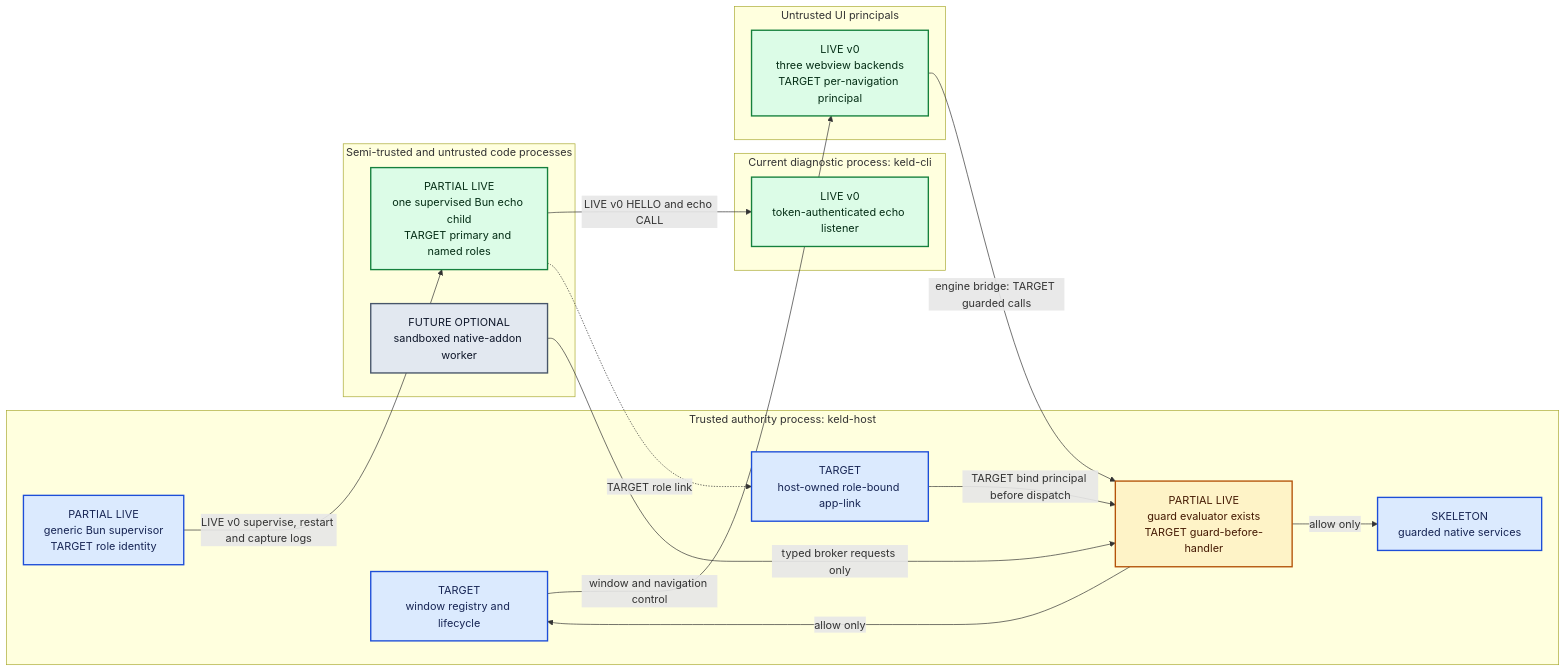
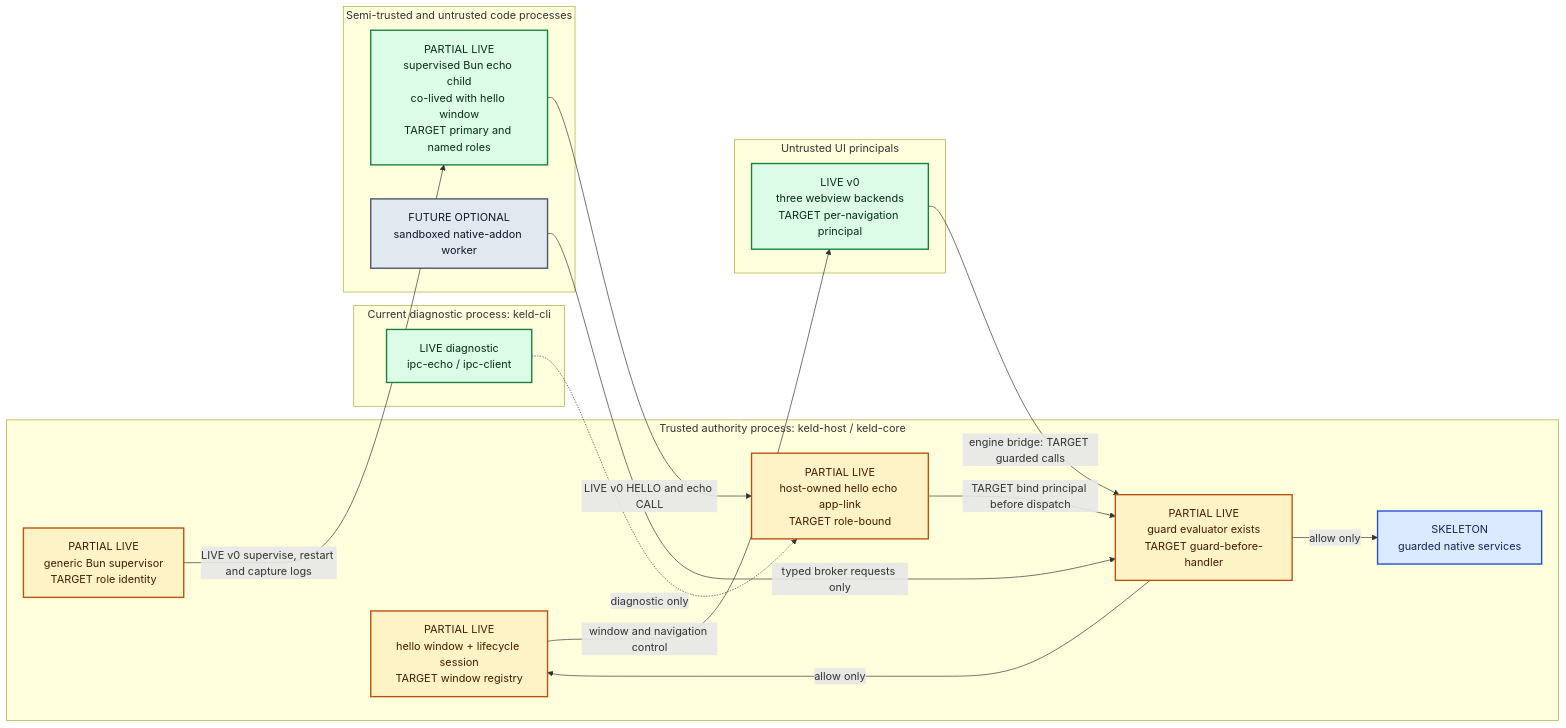
The diagram in docs/architecture/01-overview.md (gyldlab/keld), drawn with Mermaid before and after one commit. The commit also changed other lines of this file and 22 other files, not shown here.

First line of the commit message:
feat(core): host-owned concurrent hello app-link (KEL-30)

````diff
--- a/docs/architecture/01-overview.md
+++ b/docs/architecture/01-overview.md
@@ -9,53 +9,53 @@
 ```mermaid
 flowchart LR
     accTitle: Keld process and trust topology
     accDescr {
       The trusted Rust host owns privileged resources and mediates webview and Bun-role
-      requests. The live v0 slice has three webview backends, a guard evaluator, one
-      CLI-owned token-authenticated echo link, and KEL-70's generic supervised Bun child
-      restart loop. Host-bound role identity, guarded role dispatch, native services,
-      role-specific lifecycle and an optional sandboxed native-addon worker remain
-      destination behavior.
+      requests. The live v0 slice has three webview backends, a guard evaluator, a
+      host-owned token-authenticated echo link co-lived with the hello window (KEL-30),
+      and KEL-70's generic supervised Bun child restart loop. Full role-bound app-link
+      identity, guarded role dispatch, native services, and an optional sandboxed
+      native-addon worker remain destination behavior.
     }
 
-    subgraph Host["Trusted authority process: keld-host"]
-        Core["TARGET<br/>window registry and lifecycle"]
-        Link["TARGET<br/>host-owned role-bound app-link"]
+    subgraph Host["Trusted authority process: keld-host / keld-core"]
+        Core["PARTIAL LIVE<br/>hello window + lifecycle session<br/>TARGET window registry"]
+        Link["PARTIAL LIVE<br/>host-owned hello echo app-link<br/>TARGET role-bound"]
         Guard["PARTIAL LIVE<br/>guard evaluator exists<br/>TARGET guard-before-handler"]
         Native["SKELETON<br/>guarded native services"]
         Runtime["PARTIAL LIVE<br/>generic Bun supervisor<br/>TARGET role identity"]
     end
 
     subgraph Prototype["Current diagnostic process: keld-cli"]
-        CliLink["LIVE v0<br/>token-authenticated echo listener"]
+        CliDiag["LIVE diagnostic<br/>ipc-echo / ipc-client"]
     end
 
     subgraph UI["Untrusted UI principals"]
         Webview["LIVE v0<br/>three webview backends<br/>TARGET per-navigation principal"]
     end
 
     subgraph JS["Semi-trusted and untrusted code processes"]
-        App["PARTIAL LIVE<br/>one supervised Bun echo child<br/>TARGET primary and named roles"]
+        App["PARTIAL LIVE<br/>supervised Bun echo child<br/>co-lived with hello window<br/>TARGET primary and named roles"]
         Addon["FUTURE OPTIONAL<br/>sandboxed native-addon worker"]
     end
 
     Runtime -->|LIVE v0 supervise, restart and capture logs| App
-    App -->|LIVE v0 HELLO and echo CALL| CliLink
-    App -.->|TARGET role link| Link
+    App -->|LIVE v0 HELLO and echo CALL| Link
+    CliDiag -.->|diagnostic only| Link
     Link -->|TARGET bind principal before dispatch| Guard
     Webview -->|engine bridge: TARGET guarded calls| Guard
     Addon -->|typed broker requests only| Guard
     Guard -->|allow only| Core
     Guard -->|allow only| Native
     Core -->|window and navigation control| Webview
 
     classDef current fill:#dcfce7,stroke:#15803d,color:#052e16,stroke-width:2px;
     classDef target fill:#dbeafe,stroke:#1d4ed8,color:#172554,stroke-width:2px;
     classDef gate fill:#fef3c7,stroke:#b45309,color:#451a03,stroke-width:2px;
     classDef external fill:#e2e8f0,stroke:#475569,color:#0f172a,stroke-width:2px;
 
-    class Core,Link,Runtime,Native target;
-    class Guard gate;
-    class CliLink,Webview,App current;
+    class Native target;
+    class Core,Link,Runtime,Guard gate;
+    class CliDiag,Webview,App current;
     class Addon external;
 ```
````
